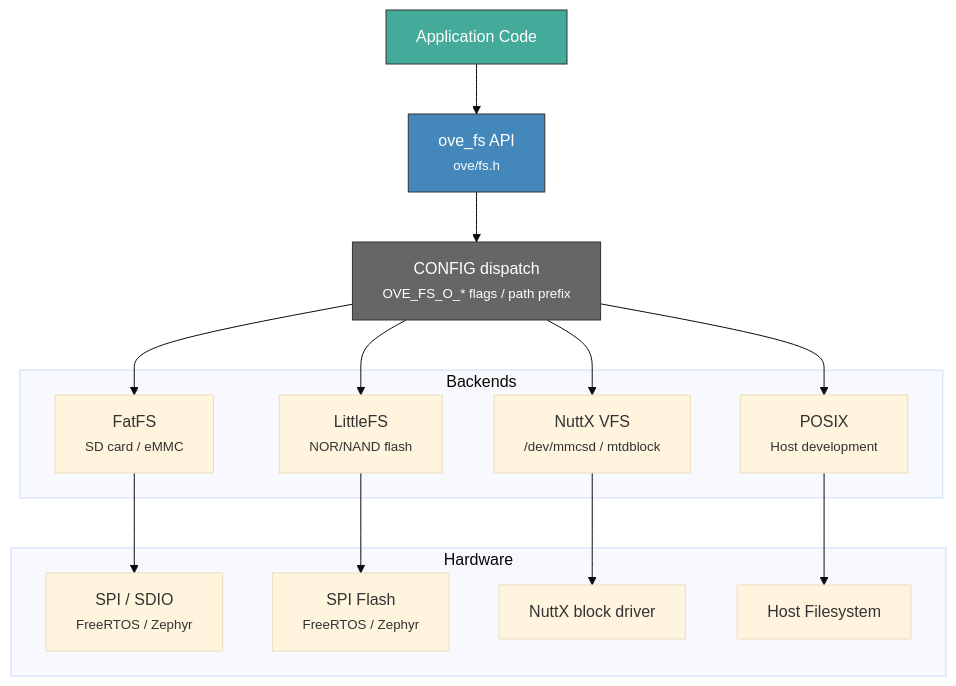
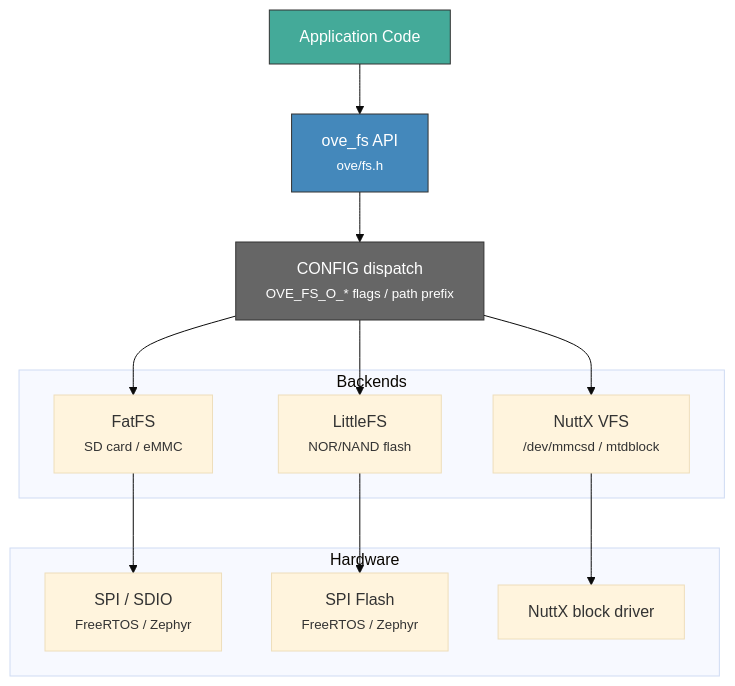
One commit to Varcain/oveRTOS changed the diagram in docs-site/docs/api/fs.md. Above: the diagram before and after it, drawn with Mermaid (base theme). The commit also changed other lines of this file and 65 other files, not shown here.

First line of the commit message:
docs: present QEMU, not a POSIX host, as the way to run without hardware

````diff
--- a/docs-site/docs/api/fs.md
+++ b/docs-site/docs/api/fs.md
@@ -7,30 +7,27 @@
 ```mermaid
 graph TD
     APP["Application Code"]
     API["ove_fs API<br/><small>ove/fs.h</small>"]
     CFG["CONFIG dispatch<br/><small>OVE_FS_O_* flags / path prefix</small>"]
 
     subgraph Backends
         FATFS["FatFS<br/><small>SD card / eMMC</small>"]
         LITTLEFS["LittleFS<br/><small>NOR/NAND flash</small>"]
         NUTTX["NuttX VFS<br/><small>/dev/mmcsd / mtdblock</small>"]
-        POSIX["POSIX<br/><small>Host development</small>"]
     end
 
     subgraph Hardware
         SPI["SPI / SDIO<br/><small>FreeRTOS / Zephyr</small>"]
         FLASH["SPI Flash<br/><small>FreeRTOS / Zephyr</small>"]
         HW_NUTTX["NuttX block driver"]
-        HOSTFS["Host Filesystem"]
     end
 
     APP --> API --> CFG
     CFG --> FATFS --> SPI
     CFG --> LITTLEFS --> FLASH
     CFG --> NUTTX --> HW_NUTTX
-    CFG --> POSIX --> HOSTFS
 
     style APP fill:#4a9,stroke:#333,color:#fff
     style API fill:#48b,stroke:#333,color:#fff
     style CFG fill:#666,stroke:#333,color:#fff
 ```
````
